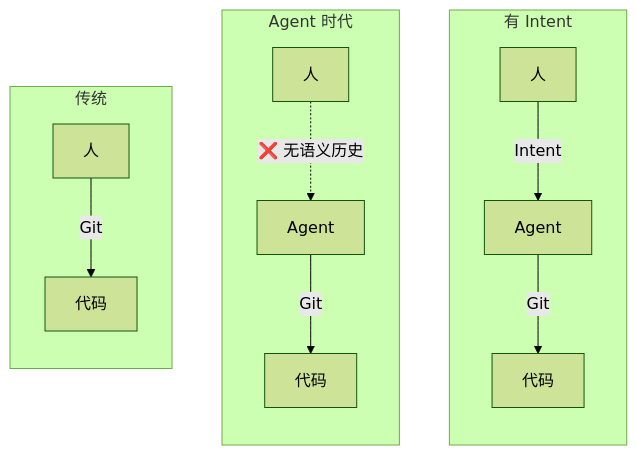
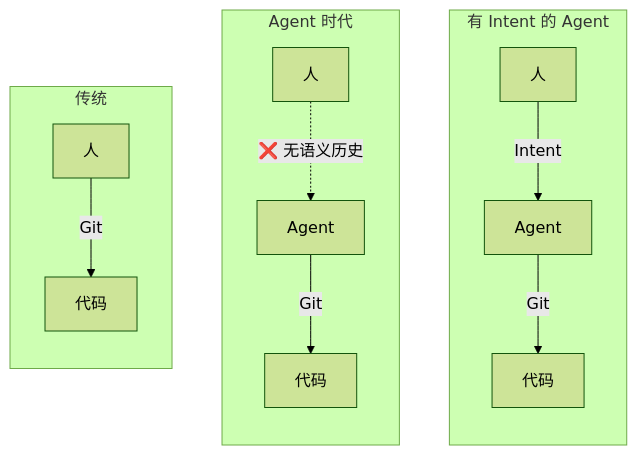
One commit to dozybot001/Intent changed the first of 2 diagrams in README.CN.md. Above: the diagram before and after it, drawn with Mermaid (forest theme). The commit also changed 1 other file, not shown here.

Commit message:
Rename third column: Agent with Intent / 有 Intent 的 Agent

````diff
--- a/README.CN.md
+++ b/README.CN.md
@@ -17,26 +17,26 @@
 ```mermaid
 flowchart LR
   subgraph traditional["传统"]
     direction TB
     H1["人"]
     C1["代码"]
     H1 -->|"Git"| C1
   end
   subgraph agent["Agent 时代"]
     direction TB
     H2["人"]
     AG["Agent"]
     C2["代码"]
     H2 -."❌ 无语义历史".-> AG
     AG -->|"Git"| C2
   end
-  subgraph withintent["有 Intent"]
+  subgraph withintent["有 Intent 的 Agent"]
     direction TB
     H3["人"]
     AG2["Agent"]
     C3["代码"]
     H3 -->|"Intent"| AG2
     AG2 -->|"Git"| C3
   end
   traditional ~~~ agent ~~~ withintent
 ```
````
